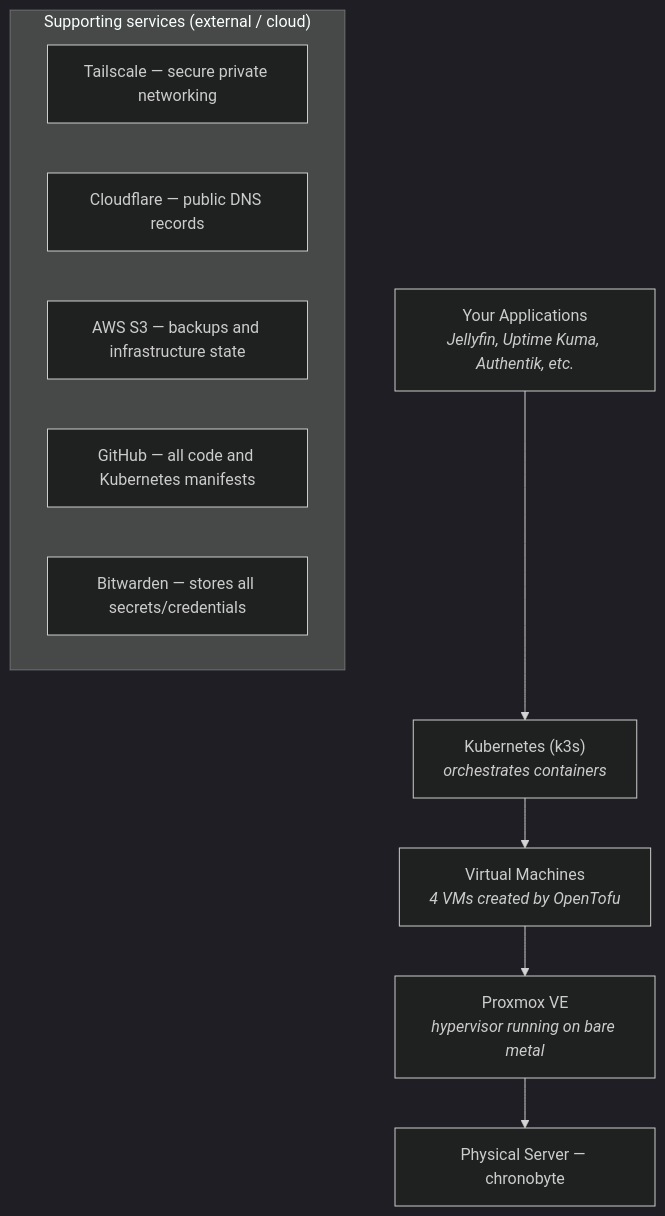
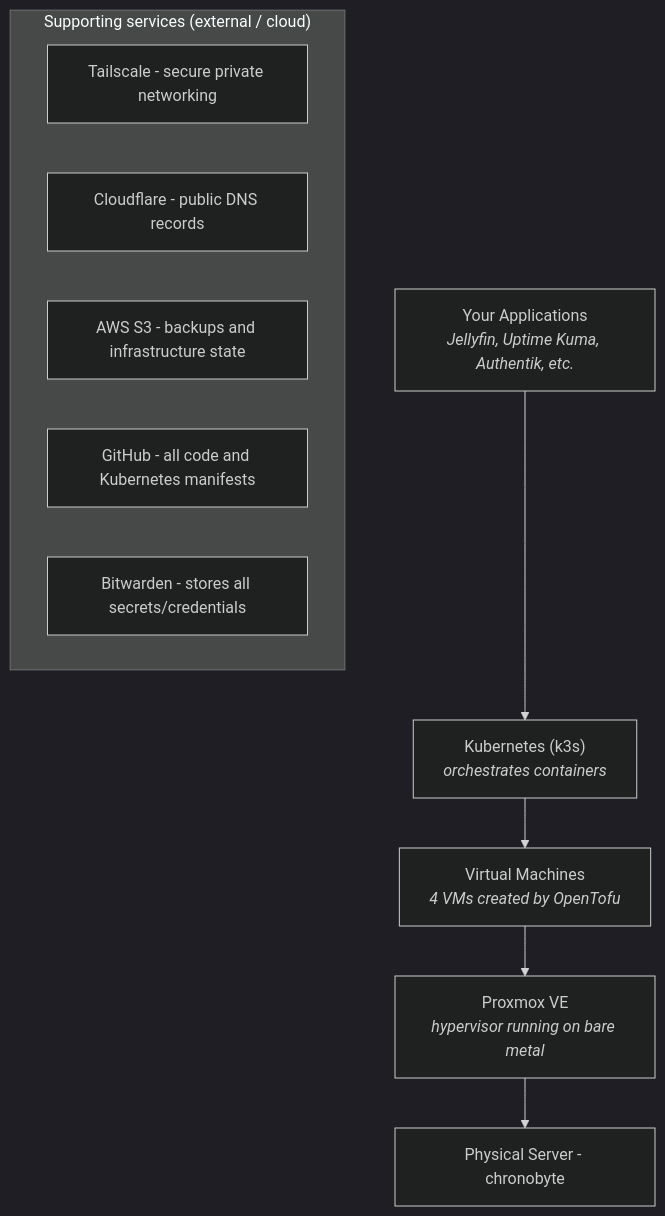
Before and after one commit to hexabyte8/homelab: the first of 2 diagrams in docs/disaster-recovery/index.md, drawn with Mermaid (dark theme). The commit also changed other lines of this file and 44 other files, not shown here.

````diff
--- a/docs/disaster-recovery/index.md
+++ b/docs/disaster-recovery/index.md
@@ -16,21 +16,21 @@
 ```mermaid
 graph TD
     apps["Your Applications<br/><i>Jellyfin, Uptime Kuma, Authentik, etc.</i>"]
     k3s["Kubernetes (k3s)<br/><i>orchestrates containers</i>"]
     vms["Virtual Machines<br/><i>4 VMs created by OpenTofu</i>"]
     proxmox["Proxmox VE<br/><i>hypervisor running on bare metal</i>"]
-    server["Physical Server — chronobyte"]
+    server["Physical Server - chronobyte"]
 
     apps --> k3s
     k3s --> vms
     vms --> proxmox
     proxmox --> server
 
     subgraph cloud["Supporting services (external / cloud)"]
-        ts["Tailscale — secure private networking"]
-        cf["Cloudflare — public DNS records"]
-        s3["AWS S3 — backups and infrastructure state"]
-        gh["GitHub — all code and Kubernetes manifests"]
-        bw["Bitwarden — stores all secrets/credentials"]
+        ts["Tailscale - secure private networking"]
+        cf["Cloudflare - public DNS records"]
+        s3["AWS S3 - backups and infrastructure state"]
+        gh["GitHub - all code and Kubernetes manifests"]
+        bw["Bitwarden - stores all secrets/credentials"]
     end
 ```
````
